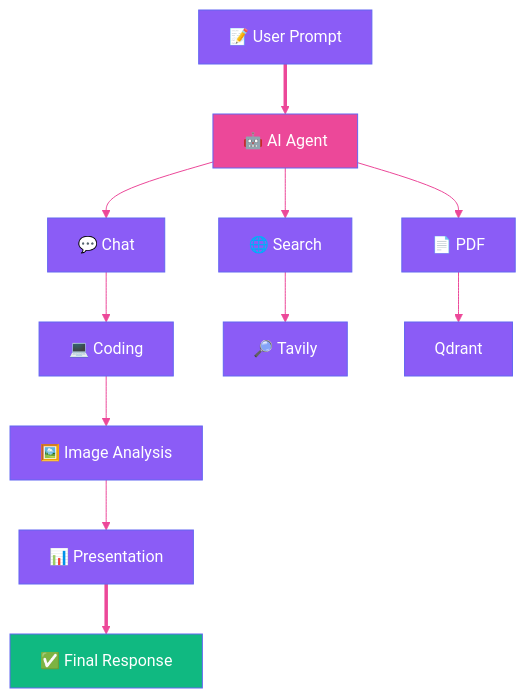
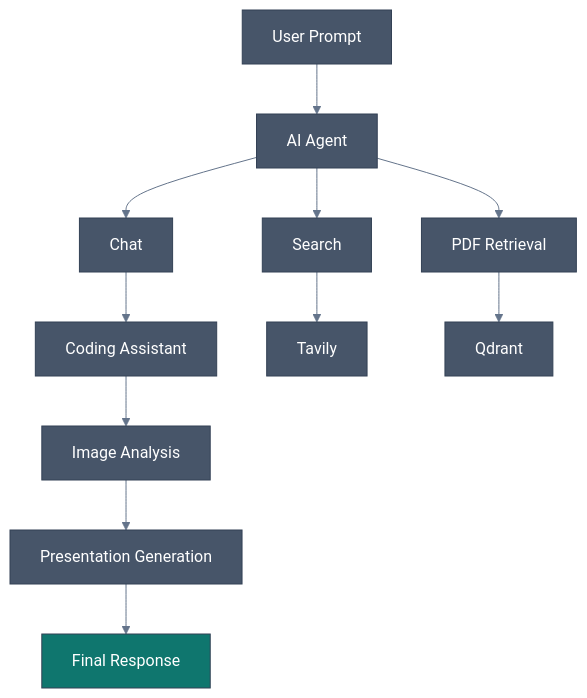
Before and after one commit to LK-Prajapati07/Multi-AI-Agent-System: the second of 4 diagrams in README.md, drawn with Mermaid. The commit also changed other lines of this file, not shown here.

````diff
--- a/README.md
+++ b/README.md
@@ -228,17 +125,17 @@
 ```mermaid
-%%{init: {'theme':'base', 'themeVariables': {'primaryColor':'#8B5CF6','primaryTextColor':'#fff','primaryBorderColor':'#6366F1','lineColor':'#EC4899'}}}%%
+%%{init: {'theme':'base', 'themeVariables': {'primaryColor':'#475569','primaryTextColor':'#fff','primaryBorderColor':'#334155','lineColor':'#64748b'}}}%%
 flowchart TD
-    P[📝 User Prompt] ==> AGENT[🤖 AI Agent]
-    AGENT --> C[💬 Chat]
-    AGENT --> S[🌐 Search]
-    AGENT --> D[📄 PDF]
-    C --> CODE[💻 Coding]
-    S --> TAV[🔎 Tavily]
+    P[User Prompt] --> AGENT[AI Agent]
+    AGENT --> C[Chat]
+    AGENT --> S[Search]
+    AGENT --> D[PDF Retrieval]
+    C --> CODE[Coding Assistant]
+    S --> TAV[Tavily]
     D --> QD[Qdrant]
-    CODE --> IMG[🖼️ Image Analysis]
-    IMG --> PPT[📊 Presentation]
-    PPT ==> R[✅ Final Response]
+    CODE --> IMG[Image Analysis]
+    IMG --> PPT[Presentation Generation]
+    PPT --> R[Final Response]
 
-    style AGENT fill:#EC4899,color:#fff
-    style R fill:#10B981,color:#fff
+    style AGENT fill:#475569,color:#fff
+    style R fill:#0f766e,color:#fff
 ```
````
